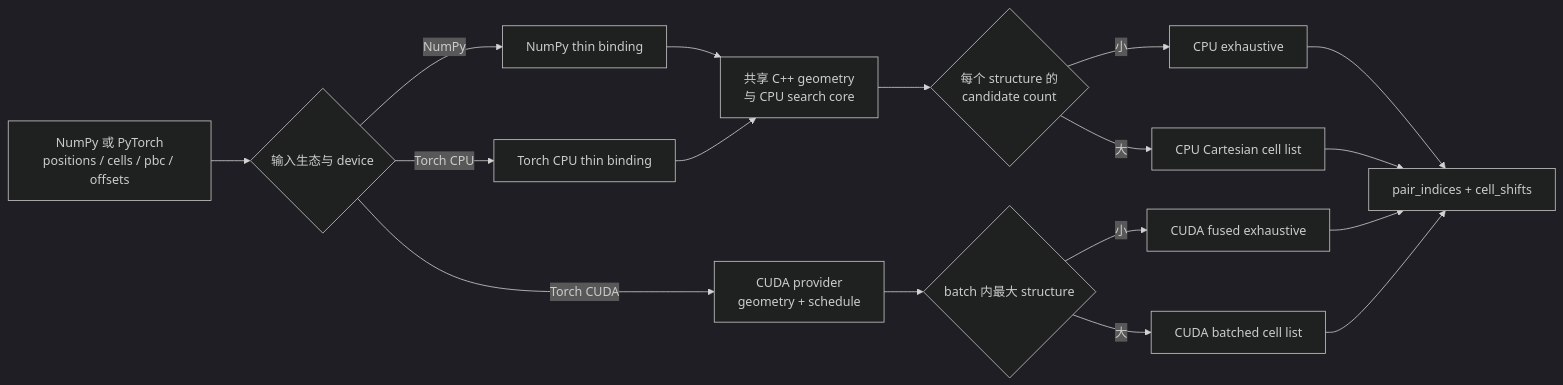
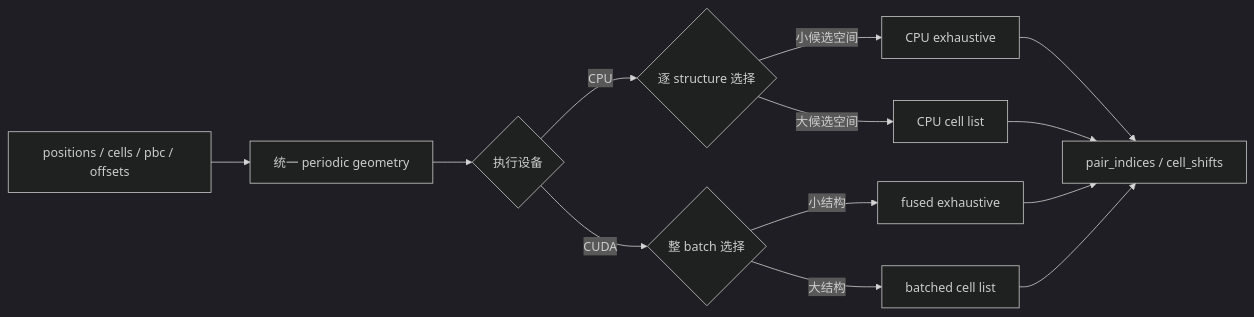
The diagram in docs/algorithm-overview.md (songfeitong/tonari), drawn with Mermaid (dark theme) before and after one commit. The commit also changed other lines of this file and 6 other files, not shown here.

````diff
--- a/docs/algorithm-overview.md
+++ b/docs/algorithm-overview.md
@@ -19,19 +23,15 @@
 ```mermaid
 flowchart LR
-    A["NumPy 或 PyTorch<br/>positions / cells / pbc / offsets"] --> B{"输入生态与 device"}
-    B -- "NumPy" --> C["NumPy thin binding"]
-    B -- "Torch CPU" --> D["Torch CPU thin binding"]
-    C --> E["共享 C++ geometry<br/>与 CPU search core"]
-    D --> E
-    E --> F{"每个 structure 的<br/>candidate count"}
-    F -- "小" --> G["CPU exhaustive"]
-    F -- "大" --> H["CPU Cartesian cell list"]
-    B -- "Torch CUDA" --> I["CUDA provider<br/>geometry + schedule"]
-    I --> J{"batch 内最大 structure"}
-    J -- "小" --> K["CUDA fused exhaustive"]
-    J -- "大" --> L["CUDA batched cell list"]
-    G --> M["pair_indices + cell_shifts"]
-    H --> M
-    K --> M
-    L --> M
+    A["positions / cells / pbc / offsets"] --> B["统一 periodic geometry"]
+    B --> C{"执行设备"}
+    C -- "CPU" --> D{"逐 structure 选择"}
+    D -- "小候选空间" --> E["CPU exhaustive"]
+    D -- "大候选空间" --> F["CPU cell list"]
+    C -- "CUDA" --> G{"整 batch 选择"}
+    G -- "小结构" --> H["fused exhaustive"]
+    G -- "大结构" --> I["batched cell list"]
+    E --> J["pair_indices / cell_shifts"]
+    F --> J
+    H --> J
+    I --> J
 ```
````
